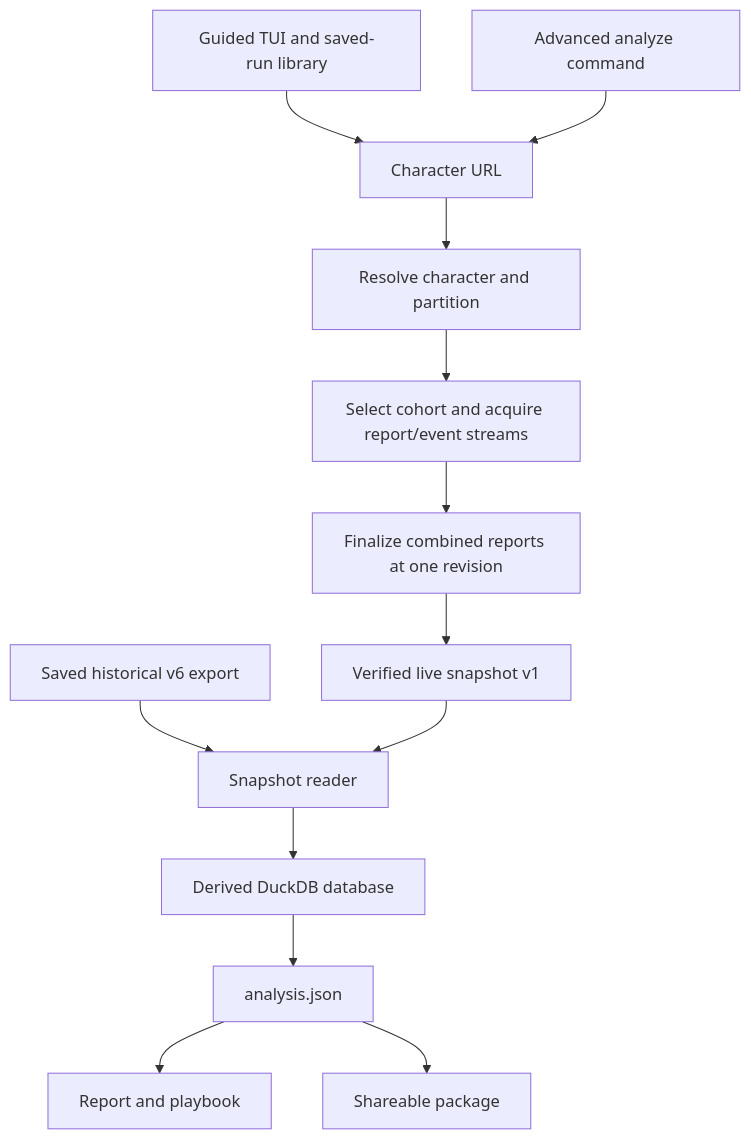
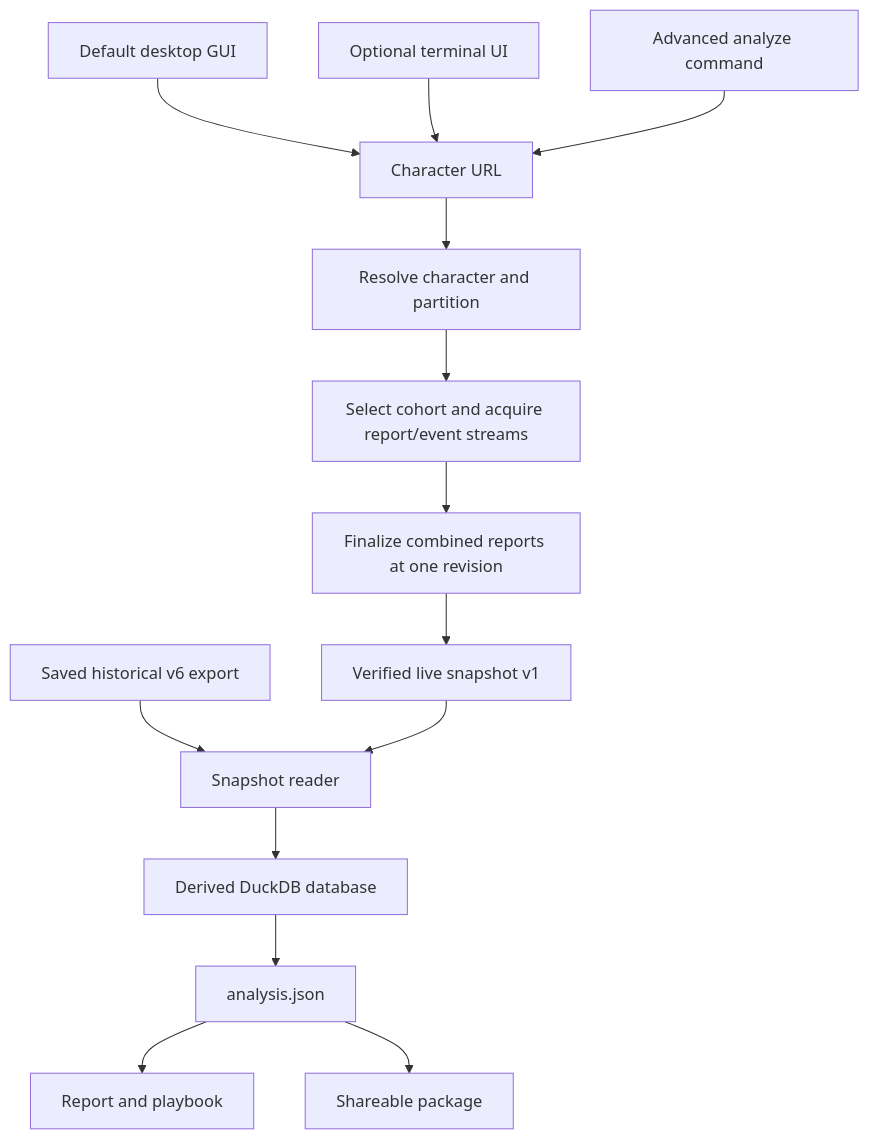
Before and after one commit to David-c0degeek/necropsy: the diagram in docs/architecture.md, drawn with Mermaid. The commit also changed other lines of this file and 7 other files, not shown here.

````diff
--- a/docs/architecture.md
+++ b/docs/architecture.md
@@ -30,15 +31,16 @@
 ```mermaid
 flowchart TD
-    TUI[Guided TUI and saved-run library] --> URL[Character URL]
+    GUI[Default desktop GUI] --> URL[Character URL]
+    TUI[Optional terminal UI] --> URL
     CLI[Advanced analyze command] --> URL
     URL --> Resolve[Resolve character and partition]
     Resolve --> Acquire[Select cohort and acquire report/event streams]
     Acquire --> Finalize[Finalize combined reports at one revision]
     Finalize --> Live[Verified live snapshot v1]
     Historical[Saved historical v6 export] --> Reader[Snapshot reader]
     Live --> Reader
     Reader --> DB[Derived DuckDB database]
     DB --> JSON[analysis.json]
     JSON --> HTML[Report and playbook]
     JSON --> Package[Shareable package]
 ```
````
